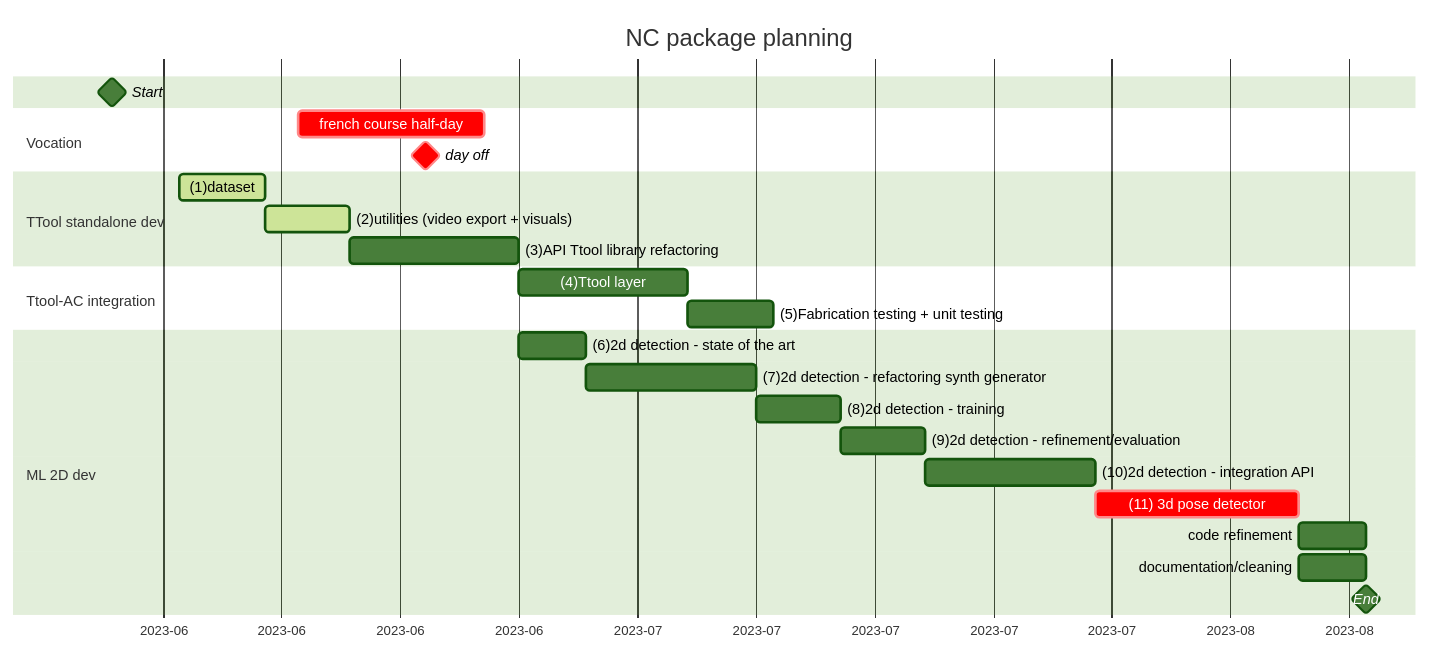
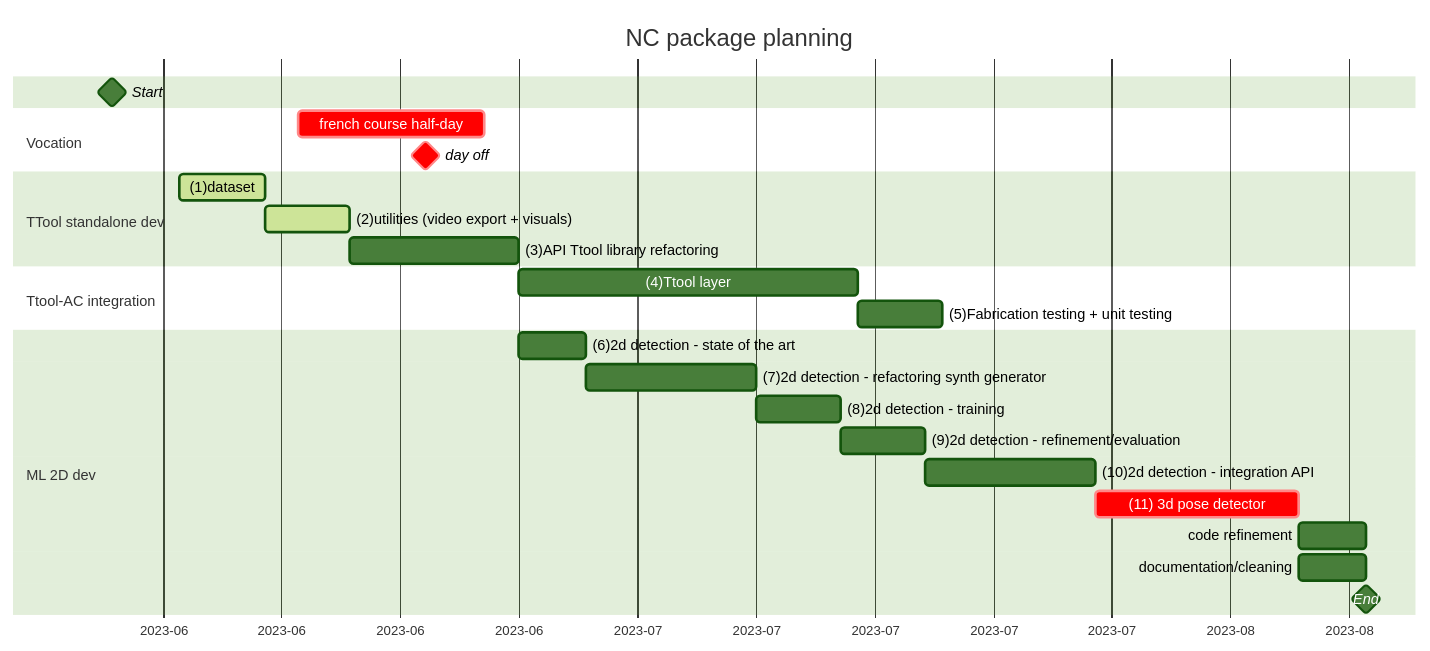
Before and after one commit to ibois-epfl/augmented-carpentry: the first of 2 diagrams in README.md, drawn with Mermaid (forest theme).

````diff
--- a/README.md
+++ b/README.md
@@ -9,34 +9,34 @@
 ```mermaid
 gantt
     dateFormat  YYYY-MM-DD
     title       NC package planning
     axisFormat %Y-%m
 
     Start                                                     :milestone, strt, 2023-06-01, 0d
 
     section Vocation
     french course half-day                                    :crit, 2023-06-12, 2023-06-23
     day off                                                   :crit, milestone, 2023-06-16
 
     section TTool standalone dev
     (1)dataset                                                   :active, dtset, 2023-06-05, 5d
     (2)utilities (video export + visuals)                        :active, util, after dtset, 5d
     (3)API Ttool library refactoring                             :apirefct, after util, 10d
 
     section Ttool-AC integration
-    (4)Ttool layer                                               :ttollay, after apirefct, 10d
+    (4)Ttool layer                                               :ttollay, after apirefct, 20d
     (5)Fabrication testing + unit testing                        :ftref, after ttollay, 5d
 
     section ML 2D dev
     (6)2d detection - state of the art                           :2ddetsota, after apirefct, 4d
     (7)2d detection - refactoring synth generator                :2ddetref, after 2ddetsota, 10d
     (8)2d detection - training                                   :2ddettra, after 2ddetref, 5d
     (9)2d detection - refinement/evaluation                      :2ddetrefin, after 2ddettra, 5d
     (10)2d detection - integration API                           :2ddetinteg, after 2ddetrefin, 10d
     (11) 3d pose detector                                        :crit, 3dposde, after 2ddetinteg, 12d
 
     code refinement                                           :ref, after 3dposde, 4d
     documentation/cleaning                                    :docclean, 2023-08-10, 2023-08-14
 
     End                                                       :milestone, ender, 2023-08-14, 0d
 ```
````
